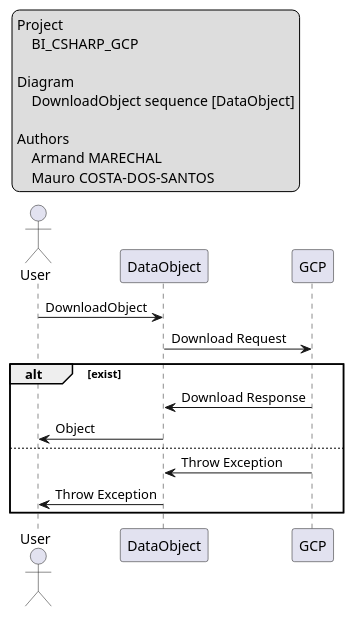
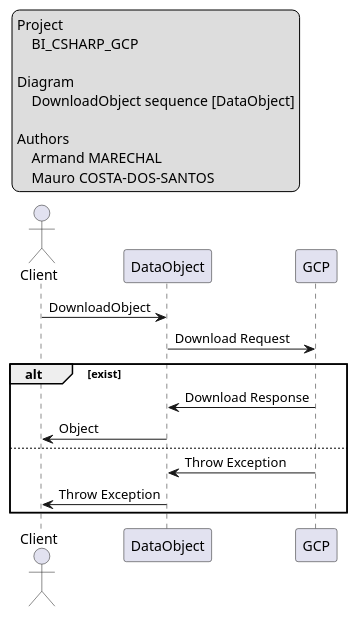
One commit to CPNV-ES-BI/BI_CSHARP_GCP changed the diagram in doc/sequences/download.puml. Above: the diagram before and after it, drawn with PlantUML. The commit also changed 2 other files, not shown here.

```diff
--- a/doc/sequences/download.puml
+++ b/doc/sequences/download.puml
@@ -1,31 +1,31 @@
 @startuml DownloadObject
 
 legend top left
     Project
         BI_CSHARP_GCP
 
     Diagram
         DownloadObject sequence [DataObject]
 
     Authors
         Armand MARECHAL
         Mauro COSTA-DOS-SANTOS 
 endlegend
 
-actor User
+actor Client
 
 participant "DataObject" as App
 participant "GCP" as GCP
 
-User -> App: DownloadObject
+Client -> App: DownloadObject
 App -> GCP: Download Request
 
 alt exist
     GCP -> App: Download Response
-    App -> User: Object
+    App -> Client: Object
 else
     GCP -> App: Throw Exception
-    App -> User: Throw Exception
+    App -> Client: Throw Exception
 end
 
 @enduml
```
